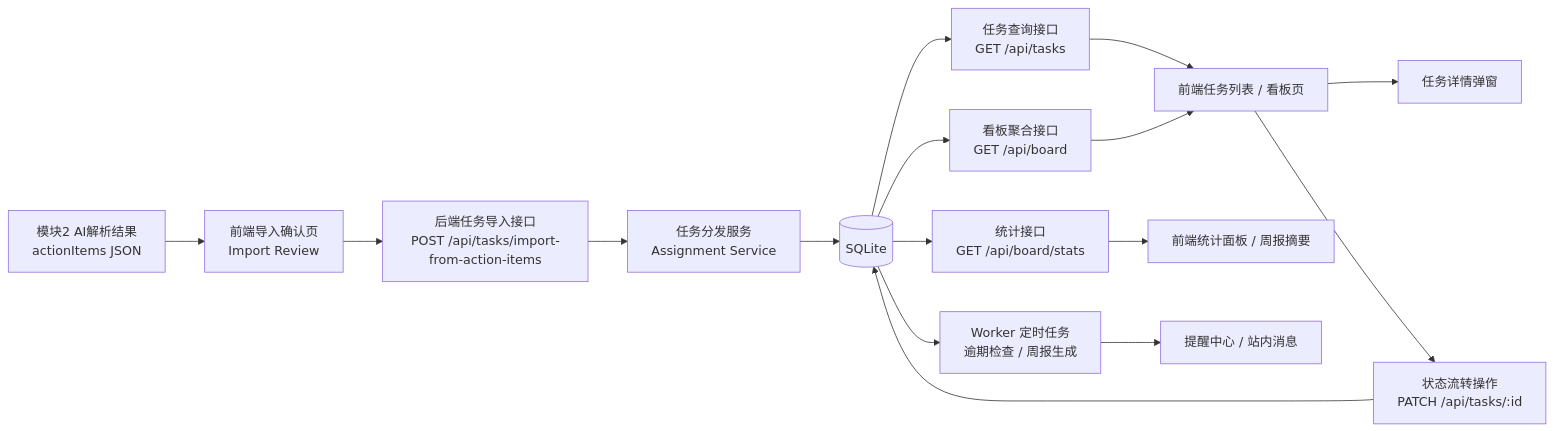
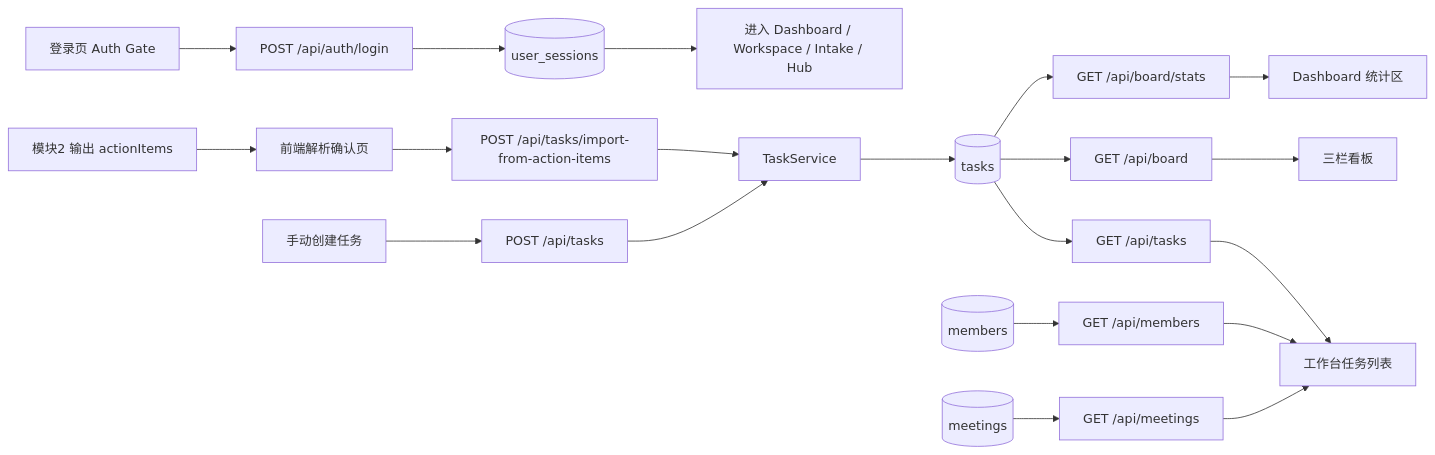
The first of 5 diagrams in docs/product/module-3-4-architecture.md (Mengyzh-2003/Meeting2Action), drawn with Mermaid before and after one commit. The commit also changed other lines of this file and 5 other files, not shown here.

````diff
--- a/docs/product/module-3-4-architecture.md
+++ b/docs/product/module-3-4-architecture.md
@@ -35,22 +45,26 @@
 ```mermaid
 flowchart LR
-    A[模块2 AI解析结果\nactionItems JSON] --> B[前端导入确认页\nImport Review]
-    B --> C[后端任务导入接口\nPOST /api/tasks/import-from-action-items]
-    C --> D[任务分发服务\nAssignment Service]
-    D --> E[(SQLite)]
+    A[登录页 Auth Gate] --> B[POST /api/auth/login]
+    B --> C[(user_sessions)]
+    C --> D[进入 Dashboard / Workspace / Intake / Hub]
 
-    E --> F[任务查询接口\nGET /api/tasks]
-    E --> G[看板聚合接口\nGET /api/board]
-    E --> H[统计接口\nGET /api/board/stats]
+    E[模块2 输出 actionItems] --> F[前端解析确认页]
+    F --> G[POST /api/tasks/import-from-action-items]
+    G --> H[TaskService]
+    H --> I[(tasks)]
 
-    F --> I[前端任务列表 / 看板页]
-    G --> I
-    H --> J[前端统计面板 / 周报摘要]
+    J[手动创建任务] --> K[POST /api/tasks]
+    K --> H
 
-    I --> K[任务详情弹窗]
-    I --> L[状态流转操作\nPATCH /api/tasks/:id]
-    L --> E
+    I --> L[GET /api/tasks]
+    I --> M[GET /api/board]
+    I --> N[GET /api/board/stats]
+    L --> O[工作台任务列表]
+    M --> P[三栏看板]
+    N --> Q[Dashboard 统计区]
 
-    E --> M[Worker 定时任务\n逾期检查 / 周报生成]
-    M --> N[提醒中心 / 站内消息]
+    R[(members)] --> S[GET /api/members]
+    T[(meetings)] --> U[GET /api/meetings]
+    S --> O
+    U --> O
 ```
````
